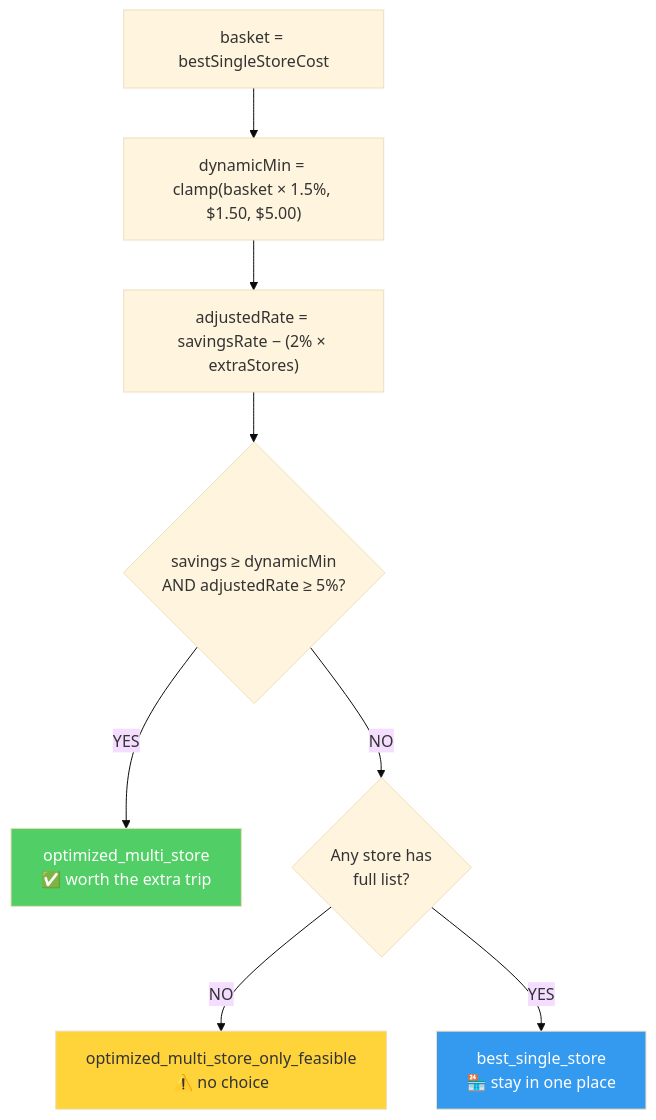
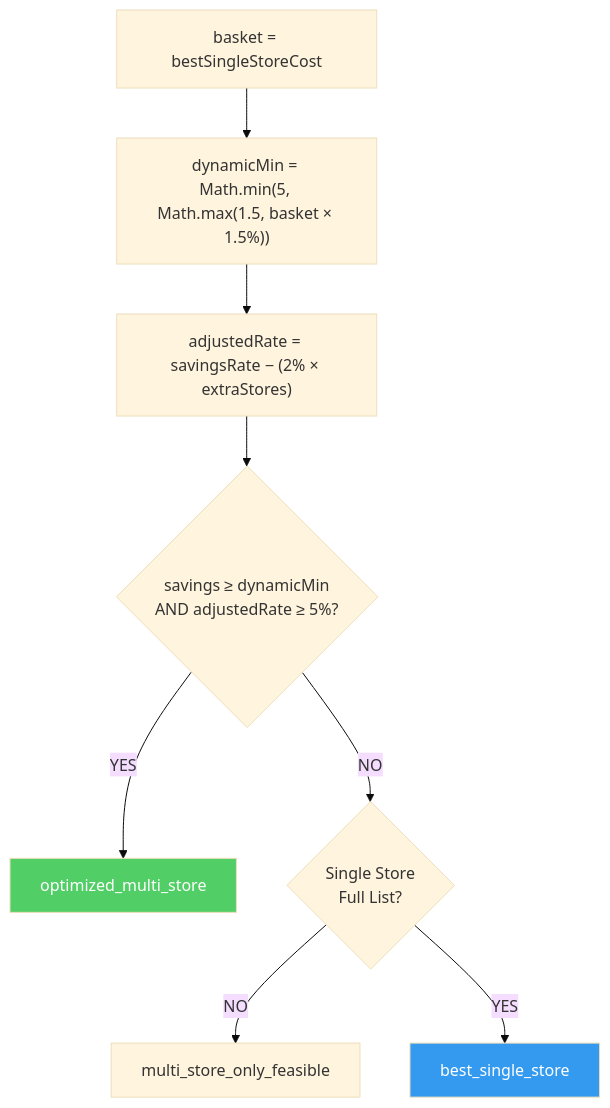
The third of 3 diagrams in docs/SMARTCART_ALGORITHM_FLOW.md (spendigo-admin/spendigo-v1-relational_db), drawn with Mermaid (base theme) before and after one commit. The commit also changed other lines of this file and 26 other files, not shown here.

````diff
--- a/docs/SMARTCART_ALGORITHM_FLOW.md
+++ b/docs/SMARTCART_ALGORITHM_FLOW.md
@@ -172,15 +124,14 @@
 ```mermaid
 flowchart TD
     A[basket = bestSingleStoreCost] --> B
-    B["dynamicMin = clamp(basket × 1.5%, $1.50, $5.00)"]
+    B["dynamicMin = Math.min(5, Math.max(1.5, basket × 1.5%))"]
     B --> C["adjustedRate = savingsRate − (2% × extraStores)"]
     C --> D{savings ≥ dynamicMin\nAND adjustedRate ≥ 5%?}
-    D -->|YES| E[optimized_multi_store\n✅ worth the extra trip]
-    D -->|NO| F{Any store has\nfull list?}
-    F -->|NO| G[optimized_multi_store_only_feasible\n⚠️ no choice]
-    F -->|YES| H[best_single_store\n🏪 stay in one place]
+    D -->|YES| E[optimized_multi_store]
+    D -->|NO| F{Single Store\nFull List?}
+    F -->|NO| G[multi_store_only_feasible]
+    F -->|YES| H[best_single_store]
 
     style E fill:#51cf66,color:#fff
-    style G fill:#ffd43b,color:#333
     style H fill:#339af0,color:#fff
 ```
````
